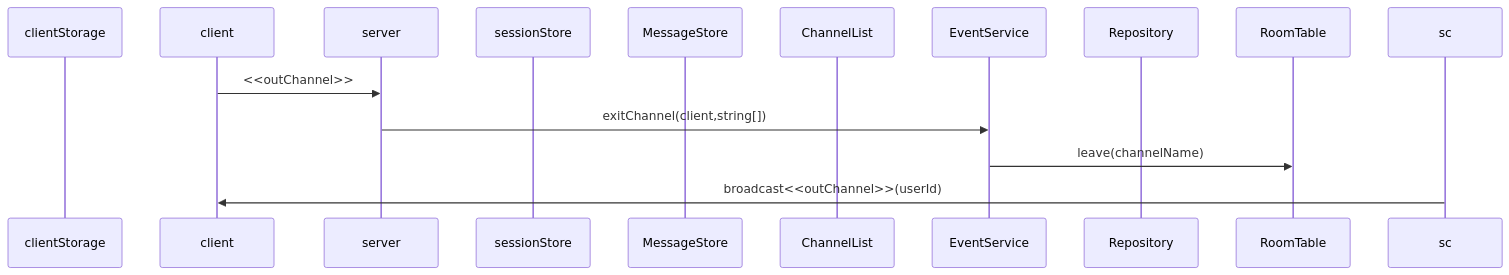
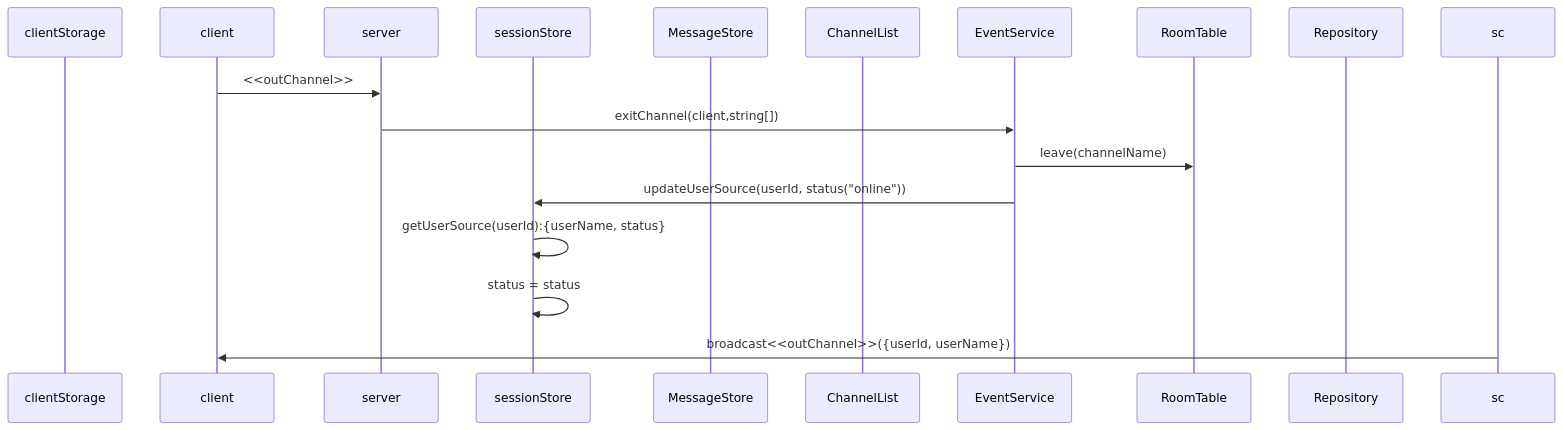
The fifth of 19 diagrams in backend/node/app/event.md (mtak0235/simmons_transcendence), drawn with Mermaid before and after one commit. The commit also changed other lines of this file, not shown here.

````diff
--- a/backend/node/app/event.md
+++ b/backend/node/app/event.md
@@ -120,17 +124,20 @@
 ```mermaid
 sequenceDiagram
 participant cls as clientStorage
 participant c as client
 participant ga as server
 participant ss as sessionStore
 participant ms as MessageStore
 participant cns as ChannelList
 participant cs as EventService
+participant rt as RoomTable
 participant r as Repository
-participant rt as RoomTable
 
 c->>ga: <<outChannel>>
 ga->>cs: exitChannel(client,string[])
 cs->>rt: leave(channelName)
-sc->>c: broadcast<<outChannel>>(userId)
+cs->>ss: updateUserSource(userId, status("online"))
+ss->>ss: getUserSource(userId):{userName, status}
+ss->>ss: status = status
+sc->>c: broadcast<<outChannel>>({userId, userName})
 ```
````
